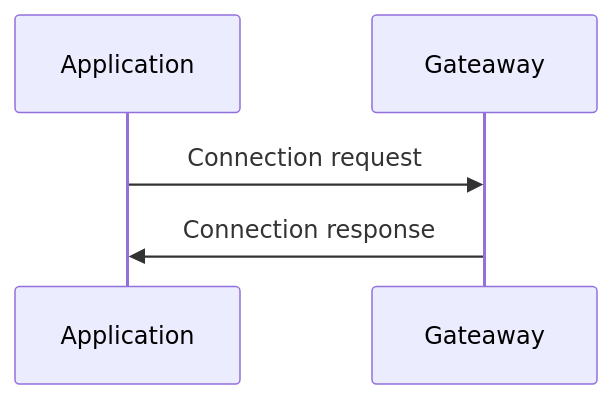
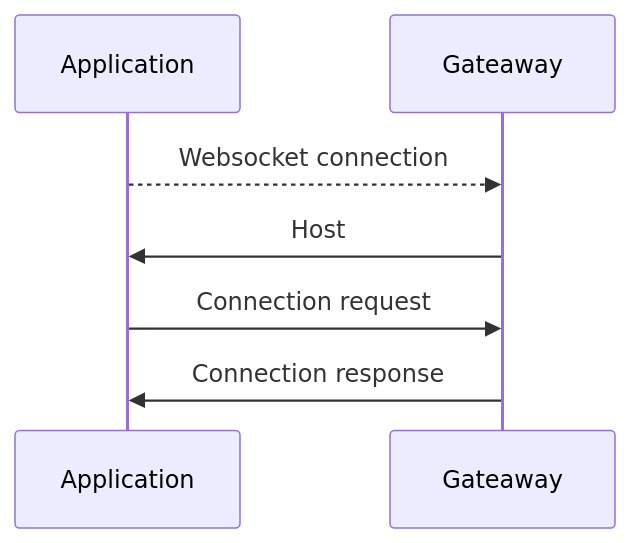
Before and after one commit to ErFer7/WebChat: the first of 9 diagrams in documentation/Protocol.md, drawn with Mermaid. The commit also changed other lines of this file and 16 other files, not shown here.

````diff
--- a/documentation/Protocol.md
+++ b/documentation/Protocol.md
@@ -44,5 +50,7 @@
 ```mermaid
 sequenceDiagram
-  Application ->> Gateaway: Connection request
-  Gateaway ->> Application: Connection response
+    Application -->> Gateaway: Websocket connection
+    Gateaway ->> Application: Host
+    Application ->> Gateaway: Connection request
+    Gateaway ->> Application: Connection response
 ```
````
